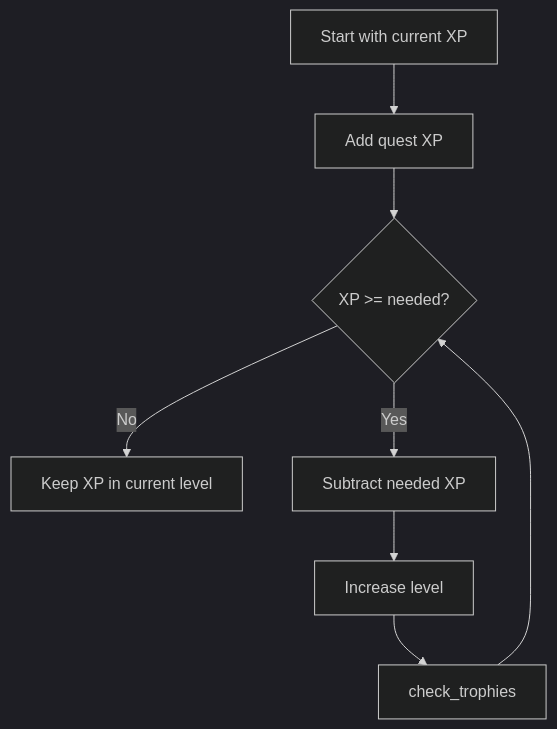
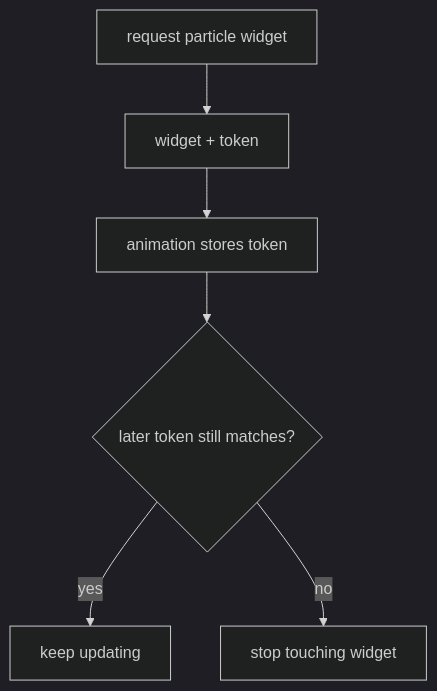
One commit to nimbold/LifeXP changed diagram 13 of 30 in docs/beginner-guide/03-advanced.md. Above: the diagram before and after it, drawn with Mermaid (dark theme). The commit also changed other lines of this file, not shown here.

````diff
--- a/docs/beginner-guide/03-advanced.md
+++ b/docs/beginner-guide/03-advanced.md
@@ -294,10 +687,8 @@
 ```mermaid
 flowchart TD
-    A["Start with current XP"] --> B["Add quest XP"]
-    B --> C{"XP >= needed?"}
-    C -->|No| D["Keep XP in current level"]
-    C -->|Yes| E["Subtract needed XP"]
-    E --> F["Increase level"]
-    F --> G["check_trophies"]
-    G --> C
+    A["request particle widget"] --> B["widget + token"]
+    B --> C["animation stores token"]
+    C --> D{"later token still matches?"}
+    D -->|yes| E["keep updating"]
+    D -->|no| F["stop touching widget"]
 ```
````
